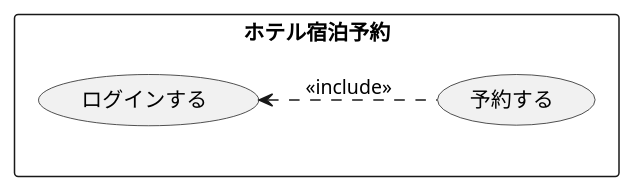
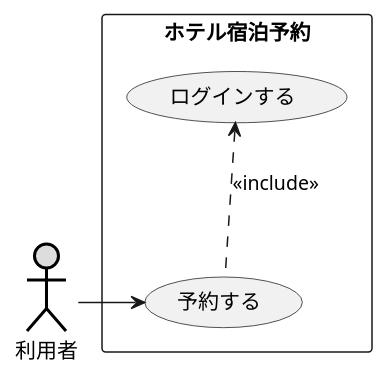
One commit to chibachibaibu2003/laughing-carnival changed the diagram in 2/演習2-3_ホテル宿泊予約.pu. Above: the diagram before and after it, drawn with PlantUML. The commit also changed 4 other files, not shown here.

```diff
--- a/2/演習2-3_ホテル宿泊予約.pu
+++ b/2/演習2-3_ホテル宿泊予約.pu
@@ -1,8 +1,9 @@
 @startuml ユースケース図
-    left to right direction
+    actor 利用者#DDDDDD;line:black;line.bold;
     rectangle ホテル宿泊予約{
         usecase 予約する
         usecase ログインする
     }
     ログインする<.. 予約する : <<include>>
+    利用者->予約する
 @enduml
```
